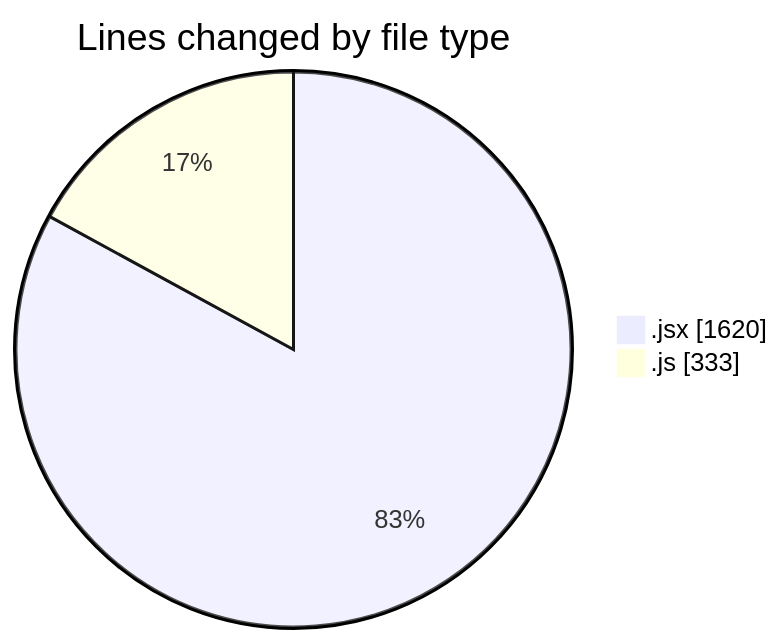
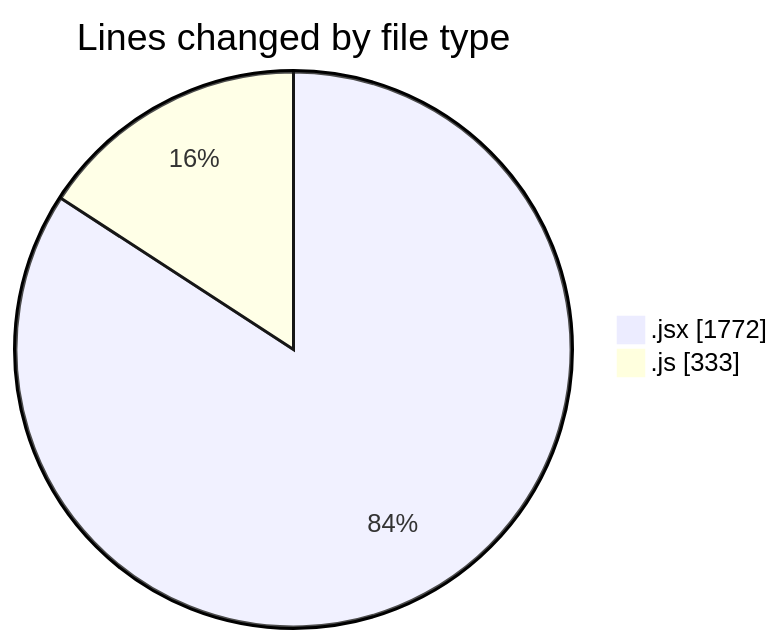
The first of 2 diagrams in 2025-05-15/argos-dev/README.md (nxtqubesakshisongat/code-tracking), drawn with Mermaid before and after one commit. The commit also changed other lines of this file and 1 other file, not shown here.

````diff
--- a/2025-05-15/argos-dev/README.md
+++ b/2025-05-15/argos-dev/README.md
@@ -24,6 +25,6 @@
 ```mermaid
 pie showData
 title Lines changed by file type
-".jsx" : 1620
+".jsx" : 1772
 ".js" : 333
 ```
````
